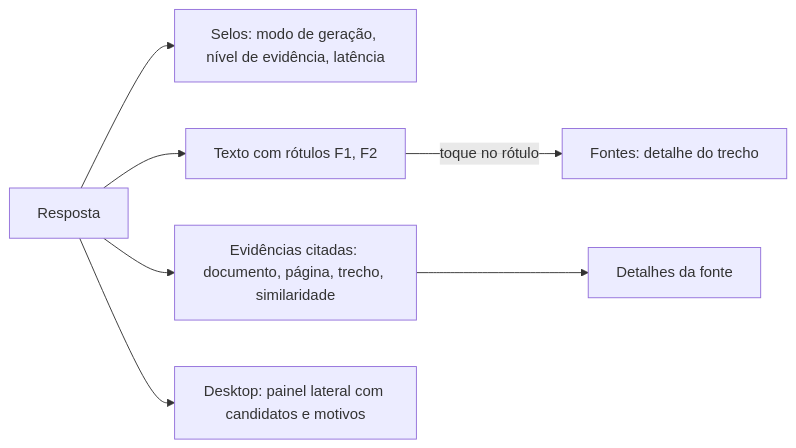
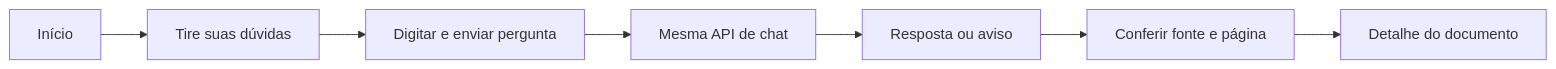
Before and after one commit to Gabriel-S-Justino/NP2Engenharia: the first of 2 diagrams in docs/FLUXOS_UX.md, drawn with Mermaid. The commit also changed other lines of this file and 58 other files, not shown here.

````diff
--- a/docs/FLUXOS_UX.md
+++ b/docs/FLUXOS_UX.md
@@ -56,9 +7,9 @@
 ```mermaid
 flowchart LR
-  A[Resposta] --> B[Selos: modo de geração, nível de evidência, latência]
-  A --> C[Texto com rótulos F1, F2]
-  C -- toque no rótulo --> D[Fontes: detalhe do trecho]
-  A --> E[Evidências citadas: documento, página, trecho, similaridade]
-  E --> F[Detalhes da fonte]
-  A --> G[Desktop: painel lateral com candidatos e motivos]
+  A[Início] --> B[Tire suas dúvidas]
+  B --> C[Digitar e enviar pergunta]
+  C --> D[Mesma API de chat]
+  D --> E[Resposta ou aviso]
+  E --> F[Conferir fonte e página]
+  F --> G[Detalhe do documento]
 ```
````
